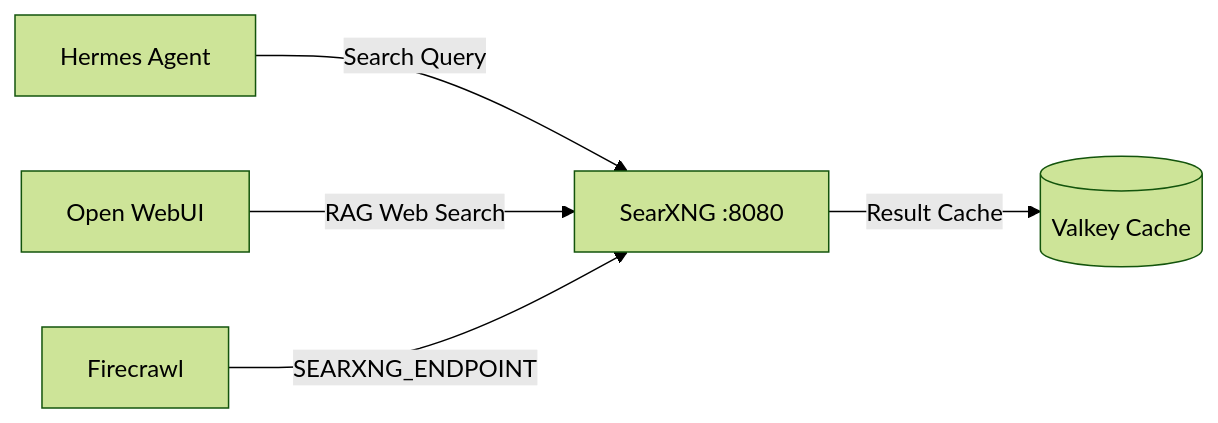
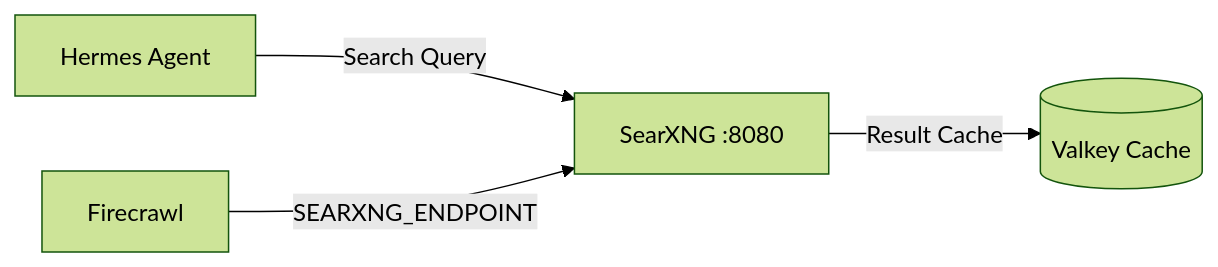
One commit to jamesbspencer/homelab changed the diagram in docs/searxng.md. Above: the diagram before and after it, drawn with Mermaid (forest theme). The commit also changed other lines of this file and 15 other files, not shown here.

Commit message:
docs: purge Open WebUI references across active documentation

````diff
--- a/docs/searxng.md
+++ b/docs/searxng.md
@@ -17,7 +17,6 @@
 ```mermaid
 graph LR
     Hermes[Hermes Agent] -->|Search Query| SearXNG[SearXNG :8080]
-    OpenWebUI[Open WebUI] -->|RAG Web Search| SearXNG
     Firecrawl[Firecrawl] -->|SEARXNG_ENDPOINT| SearXNG
     SearXNG -->|Result Cache| Valkey[(Valkey Cache)]
 ```
````
